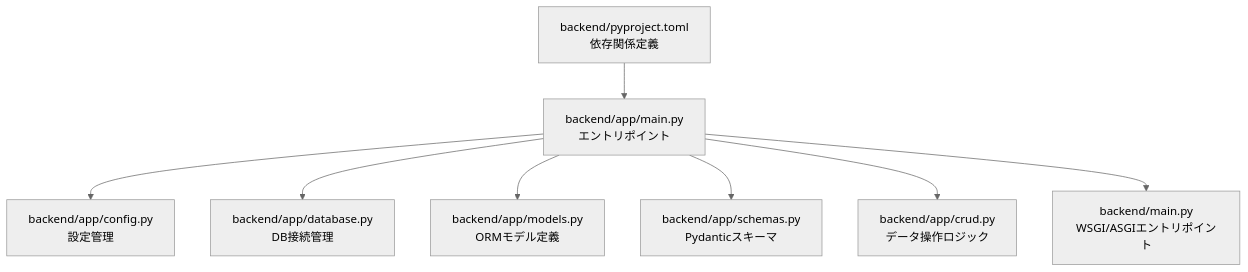
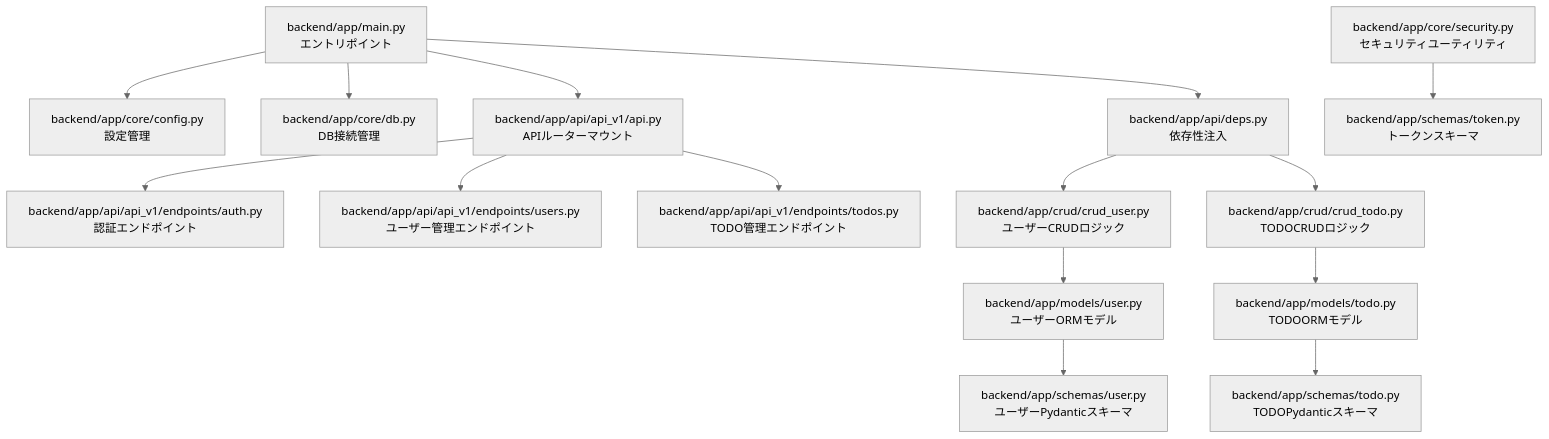
One commit to ss8806/Todos changed the first of 3 diagrams in .qoder/repowiki/ja/content/アーキテクチャ/バックエンドアーキテクチャ.md. Above: the diagram before and after it, drawn with Mermaid (neutral theme). The commit also changed other lines of this file and 6 other files, not shown here.

````diff
--- a/.qoder/repowiki/ja/content/アーキテクチャ/バックエンドアーキテクチャ.md
+++ b/.qoder/repowiki/ja/content/アーキテクチャ/バックエンドアーキテクチャ.md
@@ -32,10 +40,17 @@
 ```mermaid
 graph TB
-A["backend/app/main.py<br/>エントリポイント"] --> B["backend/app/config.py<br/>設定管理"]
-A --> C["backend/app/database.py<br/>DB接続管理"]
-A --> D["backend/app/models.py<br/>ORMモデル定義"]
-A --> E["backend/app/schemas.py<br/>Pydanticスキーマ"]
-A --> F["backend/app/crud.py<br/>データ操作ロジック"]
-G["backend/pyproject.toml<br/>依存関係定義"] --> A
-A --> H["backend/main.py<br/>WSGI/ASGIエントリポイント"]
+A["backend/app/main.py<br/>エントリポイント"] --> B["backend/app/core/config.py<br/>設定管理"]
+A --> C["backend/app/core/db.py<br/>DB接続管理"]
+A --> D["backend/app/api/api_v1/api.py<br/>APIルーターマウント"]
+D --> E["backend/app/api/api_v1/endpoints/auth.py<br/>認証エンドポイント"]
+D --> F["backend/app/api/api_v1/endpoints/users.py<br/>ユーザー管理エンドポイント"]
+D --> G["backend/app/api/api_v1/endpoints/todos.py<br/>TODO管理エンドポイント"]
+A --> H["backend/app/api/deps.py<br/>依存性注入"]
+H --> I["backend/app/crud/crud_user.py<br/>ユーザーCRUDロジック"]
+H --> J["backend/app/crud/crud_todo.py<br/>TODOCRUDロジック"]
+I --> K["backend/app/models/user.py<br/>ユーザーORMモデル"]
+J --> L["backend/app/models/todo.py<br/>TODOORMモデル"]
+K --> M["backend/app/schemas/user.py<br/>ユーザーPydanticスキーマ"]
+L --> N["backend/app/schemas/todo.py<br/>TODOPydanticスキーマ"]
+O["backend/app/core/security.py<br/>セキュリティユーティリティ"] --> P["backend/app/schemas/token.py<br/>トークンスキーマ"]
 ```
````
